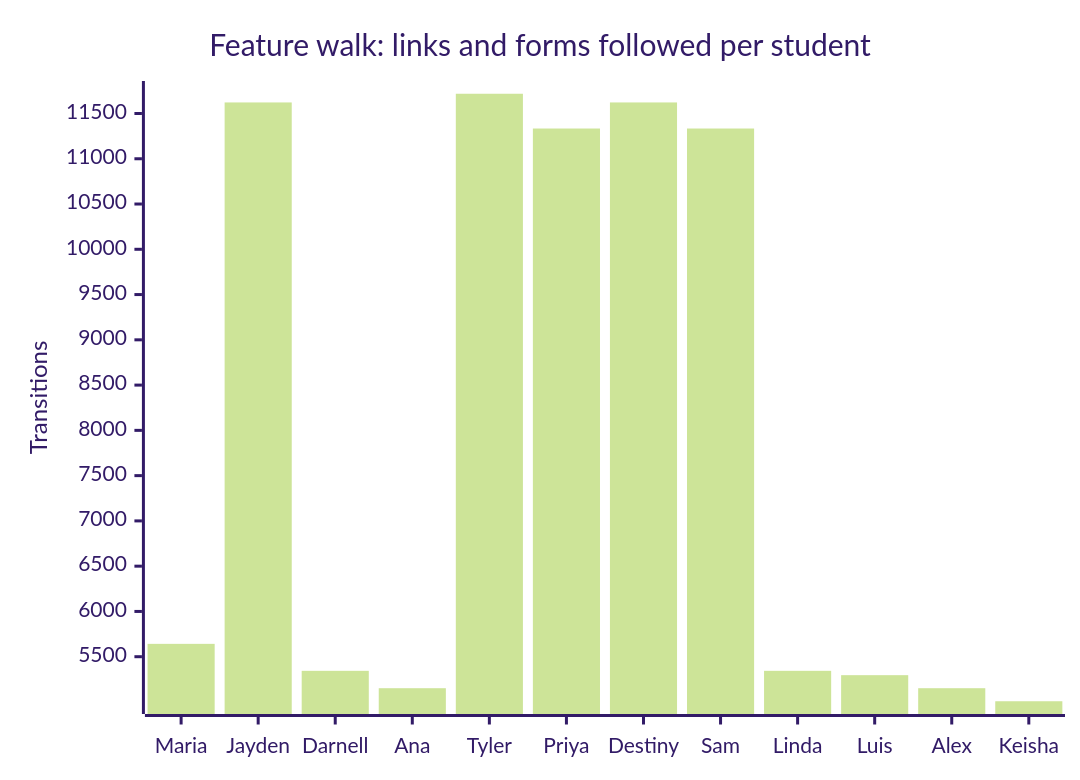
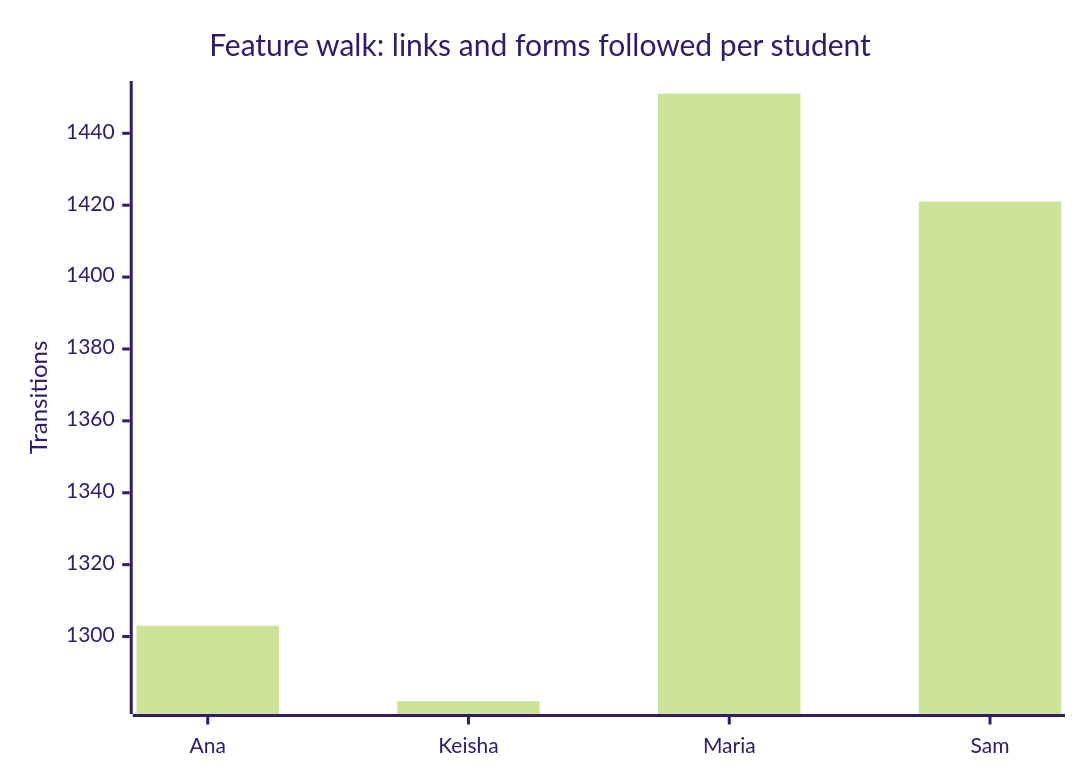
One commit to russlittle/ZTHR changed the third of 3 diagrams in docs/testing/coverage.md. Above: the diagram before and after it, drawn with Mermaid (forest theme). The commit also changed other lines of this file and 4 other files, not shown here.

````diff
--- a/docs/testing/coverage.md
+++ b/docs/testing/coverage.md
@@ -85,7 +95,7 @@
 ```mermaid
 xychart-beta
   title "Feature walk: links and forms followed per student"
-  x-axis ["Maria", "Jayden", "Darnell", "Ana", "Tyler", "Priya", "Destiny", "Sam", "Linda", "Luis", "Alex", "Keisha"]
+  x-axis ["Ana", "Keisha", "Maria", "Sam"]
   y-axis "Transitions"
-  bar [5642, 11622, 5344, 5152, 11718, 11334, 11622, 11334, 5344, 5296, 5152, 5008]
+  bar [1303, 1282, 1451, 1421]
 ```
````
